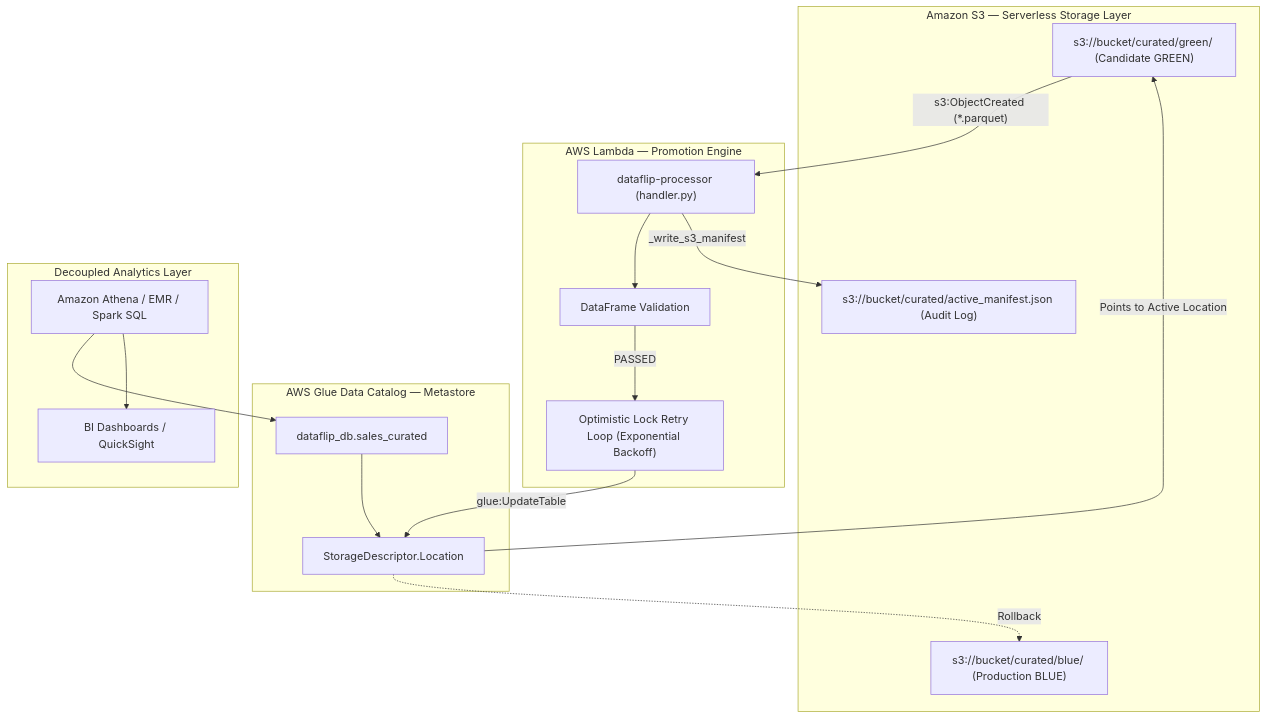
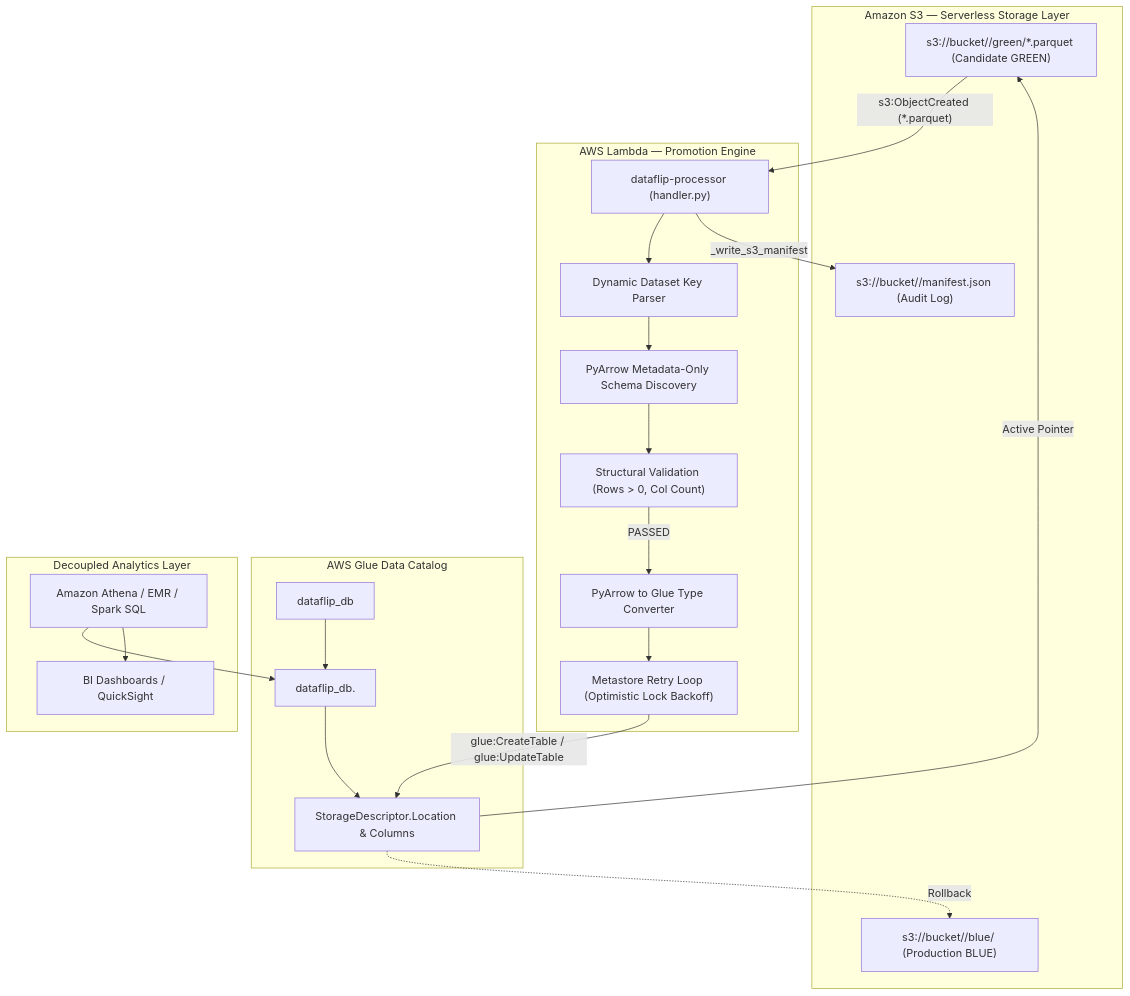
The diagram in README.md (sanmathik8/Dataflip), drawn with Mermaid before and after one commit. The commit also changed other lines of this file and 13 other files, not shown here.

First line of the commit message:
Refactor: transform DataFlip into domain-agnostic serverless Blue/Green data deployment platform

````diff
--- a/README.md
+++ b/README.md
@@ -54,35 +60,43 @@
 ```mermaid
 flowchart TD
     subgraph Storage [Amazon S3 — Serverless Storage Layer]
-        S3_BLUE["s3://bucket/curated/blue/ (Production BLUE)"]
-        S3_GREEN["s3://bucket/curated/green/ (Candidate GREEN)"]
-        S3_MANIFEST["s3://bucket/curated/active_manifest.json (Audit Log)"]
+        S3_GREEN["s3://bucket/<dataset_name>/green/*.parquet (Candidate GREEN)"]
+        S3_BLUE["s3://bucket/<dataset_name>/blue/ (Production BLUE)"]
+        S3_MANIFEST["s3://bucket/<dataset_name>/manifest.json (Audit Log)"]
     end
 
     subgraph Compute [AWS Lambda — Promotion Engine]
         LAMBDA["dataflip-processor (handler.py)"]
-        VALIDATOR["DataFrame Validation"]
-        RETRY_LOOP["Optimistic Lock Retry Loop (Exponential Backoff)"]
+        PARSER["Dynamic Dataset Key Parser"]
+        ARROW["PyArrow Metadata-Only Schema Discovery"]
+        VALIDATOR["Structural Validation (Rows > 0, Col Count)"]
+        TYPE_MAP["PyArrow to Glue Type Converter"]
+        RETRY_LOOP["Metastore Retry Loop (Optimistic Lock Backoff)"]
     end
 
-    subgraph Catalog [AWS Glue Data Catalog — Metastore]
-        GLUE_TABLE["dataflip_db.sales_curated"]
-        POINTER["StorageDescriptor.Location"]
+    subgraph Catalog [AWS Glue Data Catalog]
+        GLUE_DB["dataflip_db"]
+        GLUE_TABLE["dataflip_db.<dataset_name>"]
+        POINTER["StorageDescriptor.Location & Columns"]
     end
 
     subgraph Analytics [Decoupled Analytics Layer]
         ATHENA["Amazon Athena / EMR / Spark SQL"]
-        DASHBOARD["BI Dashboards / QuickSight"]
+        BI["BI Dashboards / QuickSight"]
     end
 
     S3_GREEN -- "s3:ObjectCreated (*.parquet)" --> LAMBDA
-    LAMBDA --> VALIDATOR
-    VALIDATOR -->|PASSED| RETRY_LOOP
-    RETRY_LOOP -->|glue:UpdateTable| POINTER
-    POINTER -->|Points to Active Location| S3_GREEN
+    LAMBDA --> PARSER
+    PARSER --> ARROW
+    ARROW --> VALIDATOR
+    VALIDATOR -->|PASSED| TYPE_MAP
+    TYPE_MAP --> RETRY_LOOP
+    RETRY_LOOP -->|glue:CreateTable / glue:UpdateTable| POINTER
+    POINTER -->|Active Pointer| S3_GREEN
     POINTER -. Rollback .-> S3_BLUE
+    GLUE_DB --> GLUE_TABLE
     GLUE_TABLE --> POINTER
     ATHENA --> GLUE_TABLE
-    ATHENA --> DASHBOARD
+    ATHENA --> BI
     LAMBDA -->|_write_s3_manifest| S3_MANIFEST
 ```
````
